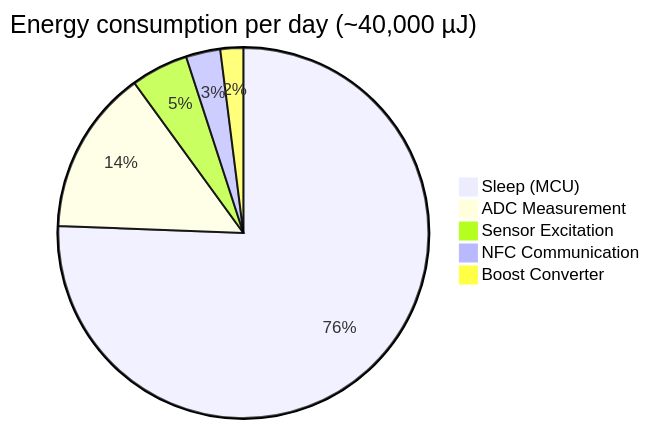
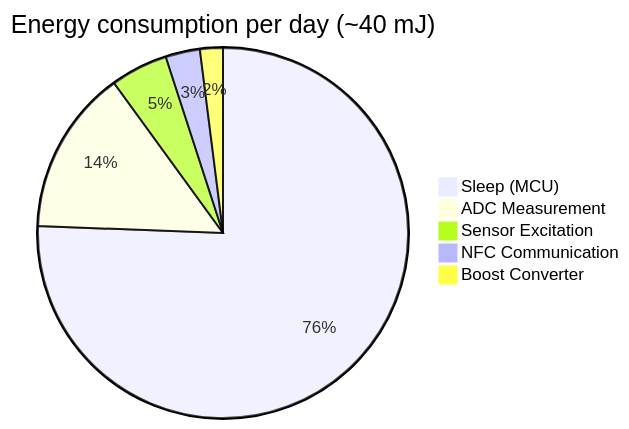
The fourth of 8 diagrams in README.md (tobias-weiss-ai-xr/mykovolt), drawn with Mermaid before and after one commit. The commit also changed other lines of this file and 2 other files, not shown here.

First line of the commit message:
Fix stale numbers in README mermaid diagrams and simulation files

````diff
--- a/README.md
+++ b/README.md
@@ -211,8 +211,8 @@
 ```mermaid
-pie title Energy consumption per day (~40,000 µJ)
+pie title Energy consumption per day (~40 mJ)
     "Sleep (MCU)" : 75.6
     "ADC Measurement" : 14.4
     "Sensor Excitation" : 5.0
     "NFC Communication" : 3.0
     "Boost Converter" : 2.0
 ```
````
